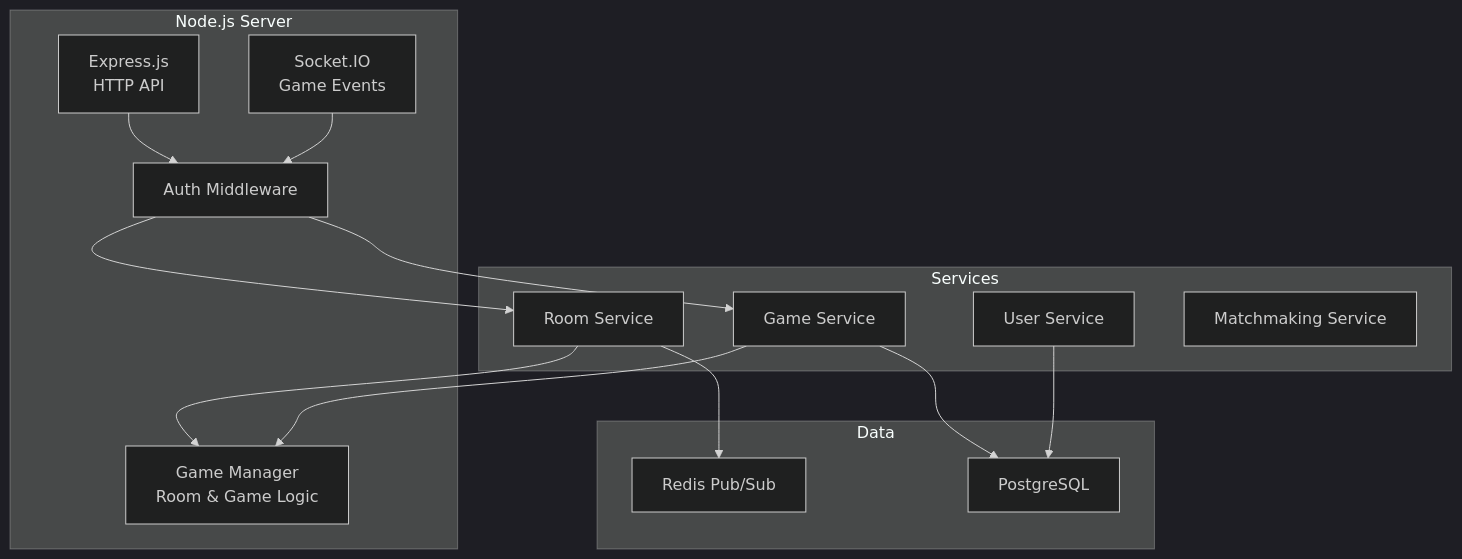
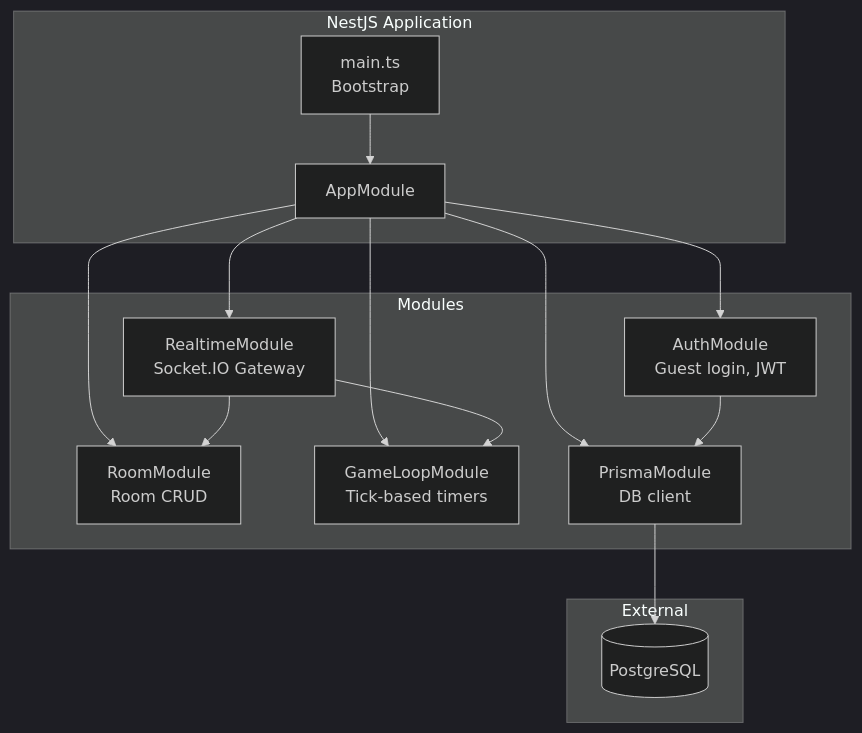
Before and after one commit to longuit2002-blip/spicy-sweet-game: the fourth of 11 diagrams in docs/technical-design/sweet-spicy-game/tdd.md, drawn with Mermaid (dark theme). The commit also changed other lines of this file and 165 other files, not shown here.

````diff
--- a/docs/technical-design/sweet-spicy-game/tdd.md
+++ b/docs/technical-design/sweet-spicy-game/tdd.md
@@ -464,31 +311,30 @@
 ```mermaid
 graph TB
-    subgraph "Node.js Server"
-        Express[Express.js<br/>HTTP API]
-        SocketIO[Socket.IO<br/>Game Events]
-        GameManager[Game Manager<br/>Room & Game Logic]
-        AuthMiddleware[Auth Middleware]
+    subgraph "NestJS Application"
+        Main[main.ts<br/>Bootstrap]
+        AppModule[AppModule]
     end
-    
-    subgraph "Services"
-        RoomService[Room Service]
-        GameService[Game Service]
-        UserService[User Service]
-        Matchmaking[Matchmaking Service]
+
+    subgraph "Modules"
+        AuthModule[AuthModule<br/>Guest login, JWT]
+        RoomModule[RoomModule<br/>Room CRUD]
+        RealtimeModule[RealtimeModule<br/>Socket.IO Gateway]
+        GameLoopModule[GameLoopModule<br/>Tick-based timers]
+        PrismaModule[PrismaModule<br/>DB client]
     end
-    
-    subgraph "Data"
-        RedisPubSub[Redis Pub/Sub]
-        Postgres[PostgreSQL]
+
+    subgraph "External"
+        DB[(PostgreSQL)]
     end
-    
-    Express --> AuthMiddleware
-    SocketIO --> AuthMiddleware
-    AuthMiddleware --> RoomService
-    AuthMiddleware --> GameService
-    RoomService --> GameManager
-    GameService --> GameManager
-    RoomService --> RedisPubSub
-    GameService --> Postgres
-    UserService --> Postgres
+
+    Main --> AppModule
+    AppModule --> AuthModule
+    AppModule --> RoomModule
+    AppModule --> RealtimeModule
+    AppModule --> GameLoopModule
+    AppModule --> PrismaModule
+    AuthModule --> PrismaModule
+    RealtimeModule --> RoomModule
+    RealtimeModule --> GameLoopModule
+    PrismaModule --> DB
 ```
````
